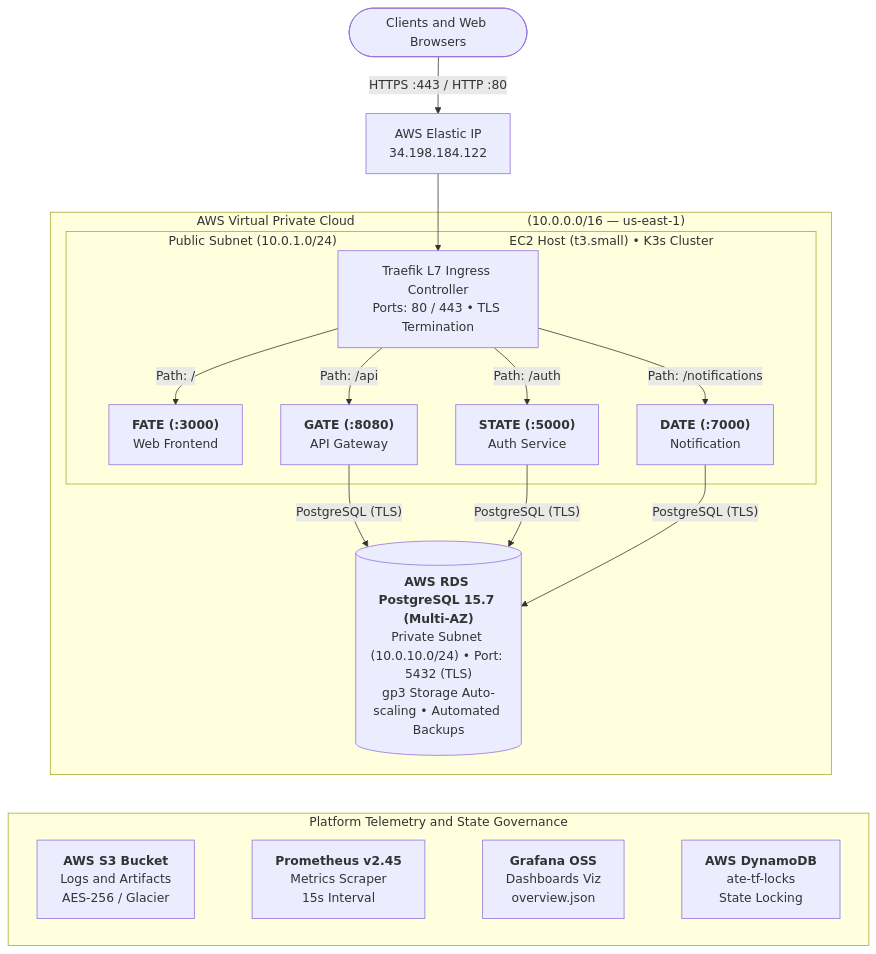
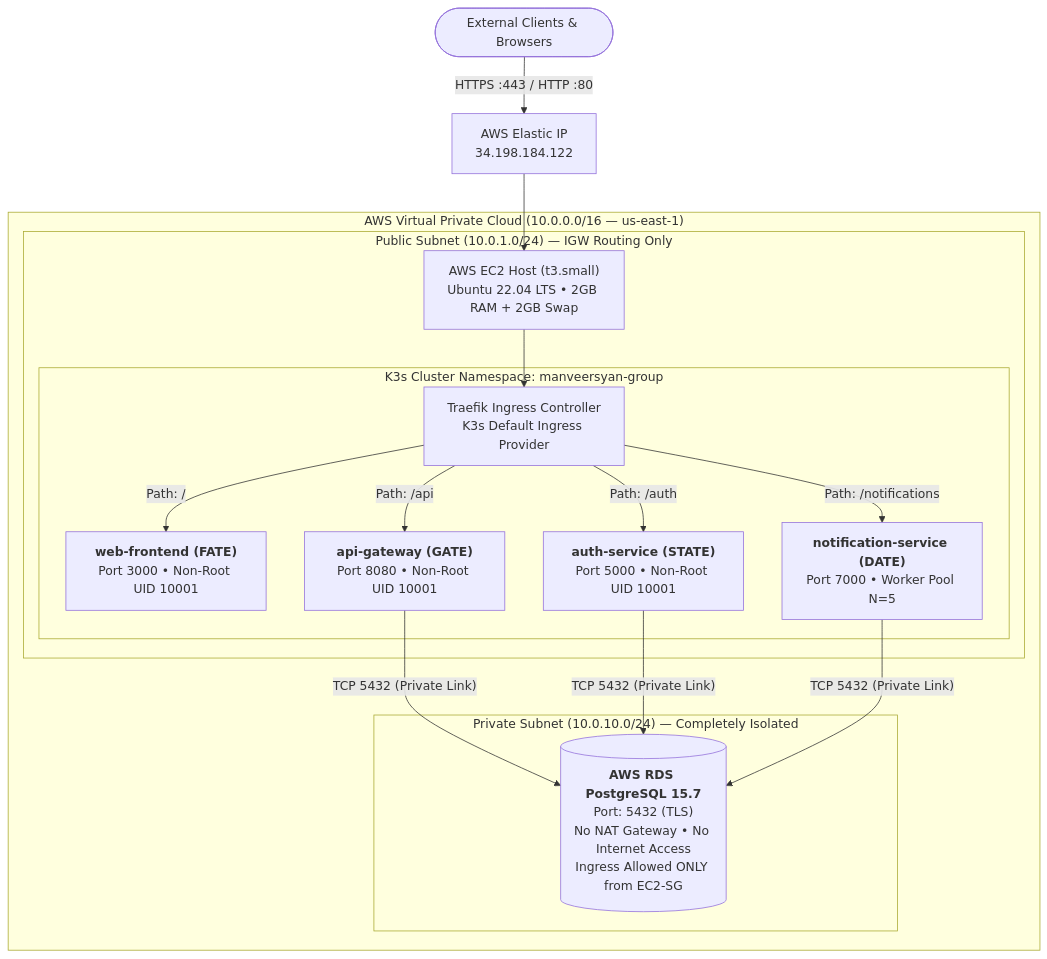
One commit to manveer-syan/k3s-opentofu-production-boilerplate changed the first of 2 diagrams in README.md. Above: the diagram before and after it, drawn with Mermaid. The commit also changed other lines of this file and 7 other files, not shown here.

Commit message:
feat(platform): apply FinOps NAT elimination, single-node PDB fix, CoreDNS egress patch, VictoriaMetrics migration, and declarative GitOps manifests

````diff
--- a/README.md
+++ b/README.md
@@ -44,33 +42,26 @@
 ```mermaid
 flowchart TD
-    Client([Clients and Web Browsers]) -->|"HTTPS :443 / HTTP :80"| EIP["AWS Elastic IP<br/>34.198.184.122"]
-    EIP --> Traefik["Traefik L7 Ingress Controller<br/>Ports: 80 / 443 • TLS Termination"]
+    InternetUsers([External Clients & Browsers]) -->|"HTTPS :443 / HTTP :80"| EIP["AWS Elastic IP<br/>34.198.184.122"]
+    EIP --> HostEC2["AWS EC2 Host (t3.small)<br/>Ubuntu 22.04 LTS • 2GB RAM + 2GB Swap"]
 
-    subgraph VPC ["AWS Virtual Private Cloud              (10.0.0.0/16 — us-east-1)"]
-        subgraph PublicSubnet ["Public Subnet (10.0.1.0/24)              EC2 Host (t3.small) • K3s Cluster"]
-            Traefik -->|"Path: /"| FATE["<b>FATE (:3000)</b><br/>Web Frontend"]
-            Traefik -->|"Path: /api"| GATE["<b>GATE (:8080)</b><br/>API Gateway"]
-            Traefik -->|"Path: /auth"| STATE["<b>STATE (:5000)</b><br/>Auth Service"]
-            Traefik -->|"Path: /notifications"| DATE["<b>DATE (:7000)</b><br/>Notification"]
+    subgraph AWS_VPC ["AWS Virtual Private Cloud (10.0.0.0/16 — us-east-1)"]
+        subgraph PublicSubnet ["Public Subnet (10.0.1.0/24) — IGW Routing Only"]
+            HostEC2 --> Traefik["Traefik Ingress Controller<br/>K3s Default Ingress Provider"]
+            
+            subgraph K3sCluster ["K3s Cluster Namespace: manveersyan-group"]
+                Traefik -->|"Path: /"| FATE["<b>web-frontend (FATE)</b><br/>Port 3000 • Non-Root UID 10001"]
+                Traefik -->|"Path: /api"| GATE["<b>api-gateway (GATE)</b><br/>Port 8080 • Non-Root UID 10001"]
+                Traefik -->|"Path: /auth"| STATE["<b>auth-service (STATE)</b><br/>Port 5000 • Non-Root UID 10001"]
+                Traefik -->|"Path: /notifications"| DATE["<b>notification-service (DATE)</b><br/>Port 7000 • Worker Pool N=5"]
+            end
         end
 
-        RDS[("<b>AWS RDS PostgreSQL 15.7 (Multi-AZ)</b><br/>Private Subnet (10.0.10.0/24) • Port: 5432 (TLS)<br/>gp3 Storage Auto-scaling • Automated Backups")]
+        subgraph PrivateSubnet ["Private Subnet (10.0.10.0/24) — Completely Isolated"]
+            RDS[("<b>AWS RDS PostgreSQL 15.7</b><br/>Port: 5432 (TLS)<br/>No NAT Gateway • No Internet Access<br/>Ingress Allowed ONLY from EC2-SG")]
+        end
 
-        FATE ~~~ RDS
-        GATE -->|"PostgreSQL (TLS)"| RDS
-        STATE -->|"PostgreSQL (TLS)"| RDS
-        DATE -->|"PostgreSQL (TLS)"| RDS
+        GATE -->|"TCP 5432 (Private Link)"| RDS
+        STATE -->|"TCP 5432 (Private Link)"| RDS
+        DATE -->|"TCP 5432 (Private Link)"| RDS
     end
-
-    subgraph Platform ["Platform Telemetry and State Governance"]
-        direction LR
-        S3["<b>AWS S3 Bucket</b><br/>Logs and Artifacts<br/>AES-256 / Glacier"]
-        Prom["<b>Prometheus v2.45</b><br/>Metrics Scraper<br/>15s Interval"]
-        Graf["<b>Grafana OSS</b><br/>Dashboards Viz<br/>overview.json"]
-        Dynamo["<b>AWS DynamoDB</b><br/>ate-tf-locks<br/>State Locking"]
-
-        S3 ~~~ Prom ~~~ Graf ~~~ Dynamo
-    end
-
-    RDS ~~~ Platform
 ```
````
